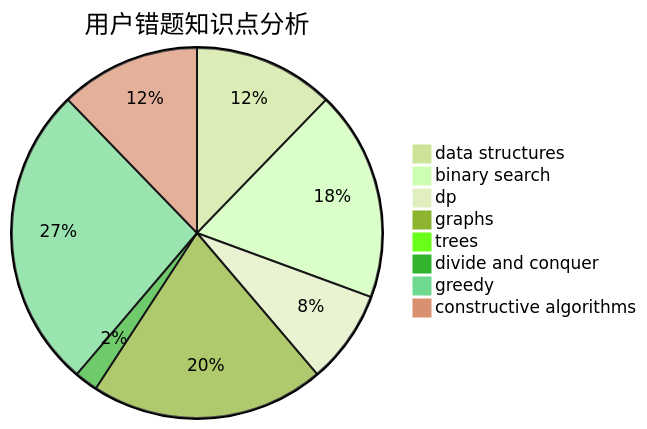
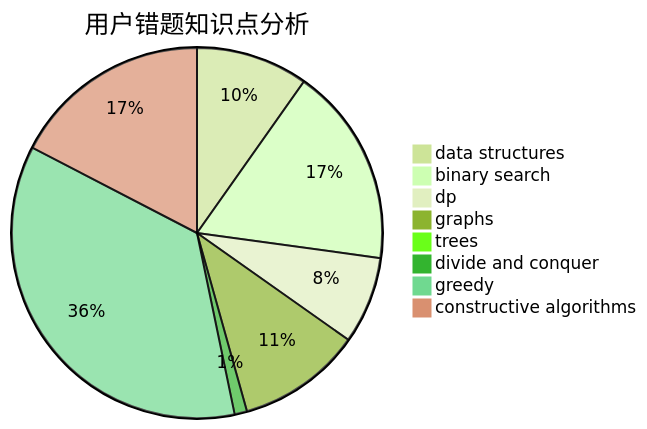
Before and after one commit to sherpahu/cfrs.github.io: the third of 3 diagrams in docs/user/u2044.md, drawn with Mermaid (forest theme). The commit also changed other lines of this file and 2770 other files, not shown here.

````diff
--- a/docs/user/u2044.md
+++ b/docs/user/u2044.md
@@ -36,11 +36,11 @@
 ```mermaid
 pie title 用户错题知识点分析
-    "data structures" :  6
-    "binary search" :  9
-    "dp" :  4
+    "data structures" :  9
+    "binary search" :  16
+    "dp" :  7
     "graphs" :  10
     "trees" :  0
     "divide and conquer" :  1
-    "greedy" :  13
-    "constructive algorithms" :  6
+    "greedy" :  33
+    "constructive algorithms" :  16
 ```
````
